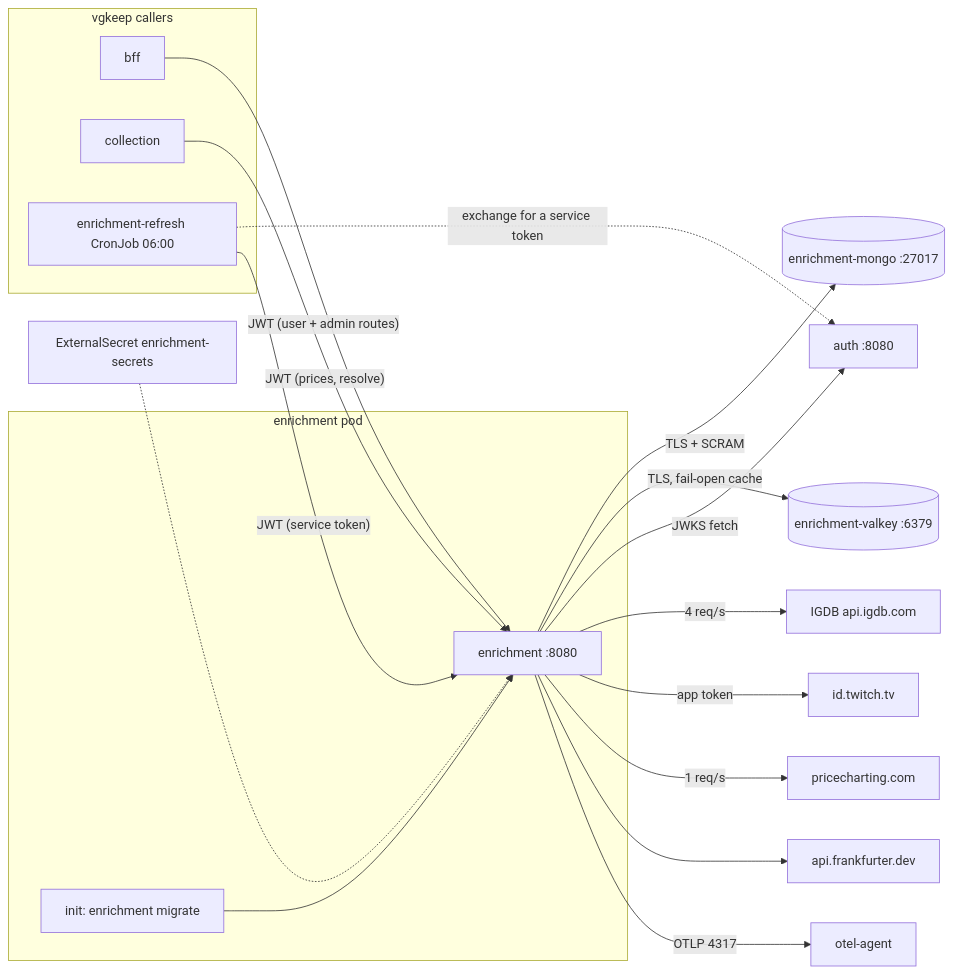
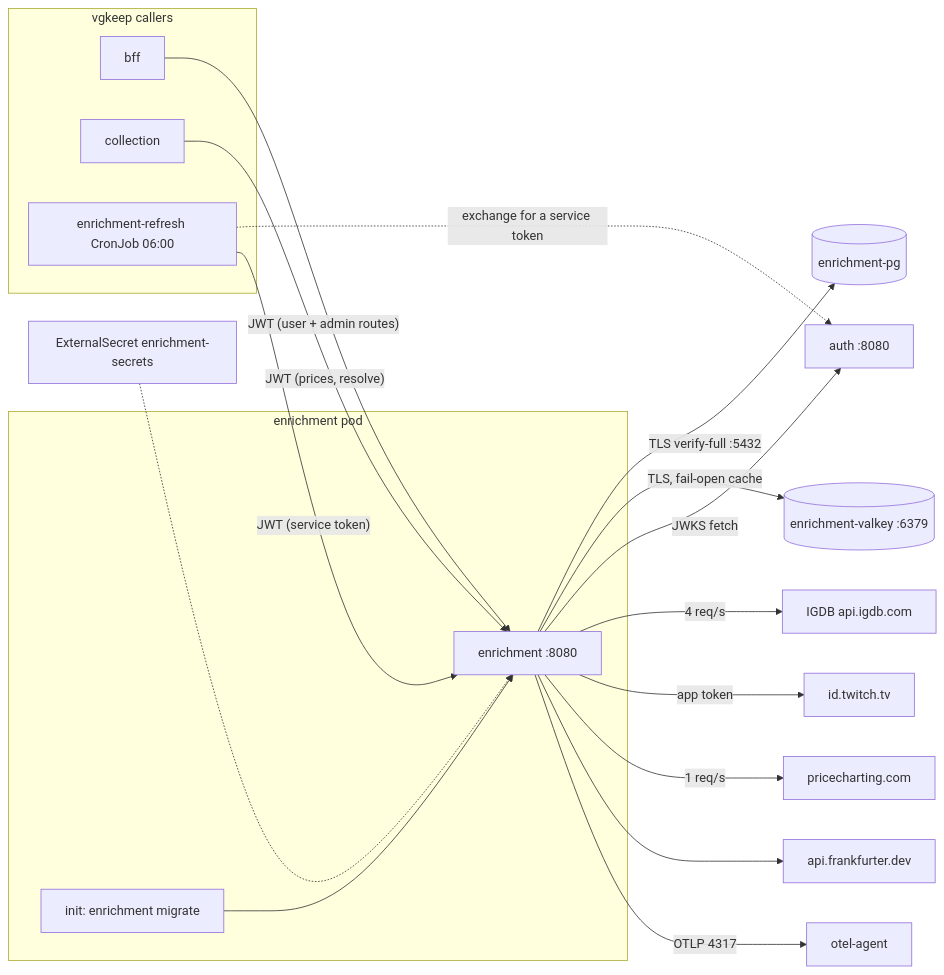
The first of 2 diagrams in docs/runbooks/enrichment.md (levonn-dev/vg-collect), drawn with Mermaid before and after one commit. The commit also changed other lines of this file and 6 other files, not shown here.

````diff
--- a/docs/runbooks/enrichment.md
+++ b/docs/runbooks/enrichment.md
@@ -62,24 +62,24 @@
 ```mermaid
 graph LR
     subgraph vgkeep callers
         bff[bff]
         coll[collection]
         cron["enrichment-refresh CronJob 06:00"]
     end
     subgraph enrichment pod
         mig["init: enrichment migrate"] --> svc["enrichment :8080"]
     end
     bff -- "JWT (user + admin routes)" --> svc
     coll -- "JWT (prices, resolve)" --> svc
     cron -.->|"exchange for a service token"| auth
     cron -- "JWT (service token)" --> svc
-    svc -- "TLS + SCRAM" --> mongo[("enrichment-mongo :27017")]
+    svc -- "TLS verify-full :5432" --> pg[(enrichment-pg)]
     svc -- "TLS, fail-open cache" --> valkey[("enrichment-valkey :6379")]
     svc -- "JWKS fetch" --> auth["auth :8080"]
     svc -- "4 req/s" --> igdb["IGDB api.igdb.com"]
     svc -- "app token" --> twitch["id.twitch.tv"]
     svc -- "1 req/s" --> pc["pricecharting.com"]
     svc --> fx["api.frankfurter.dev"]
     es[ExternalSecret enrichment-secrets] -.-> svc
     svc -- "OTLP 4317" --> otel[otel-agent]
 ```
````
